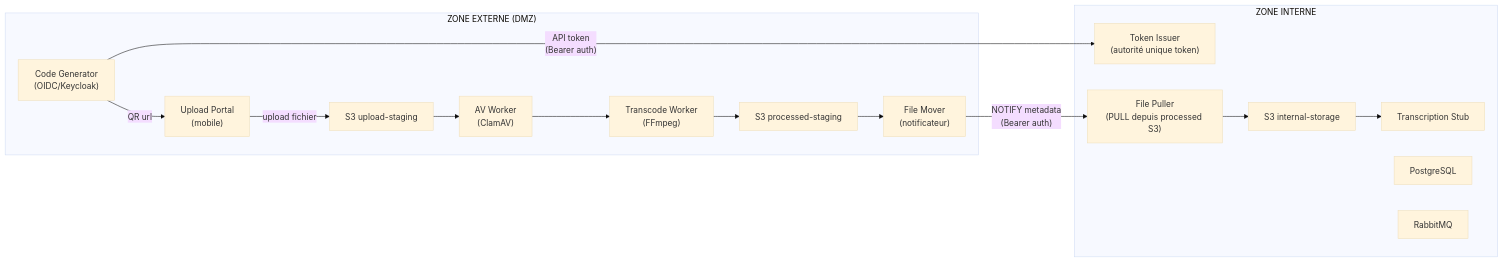
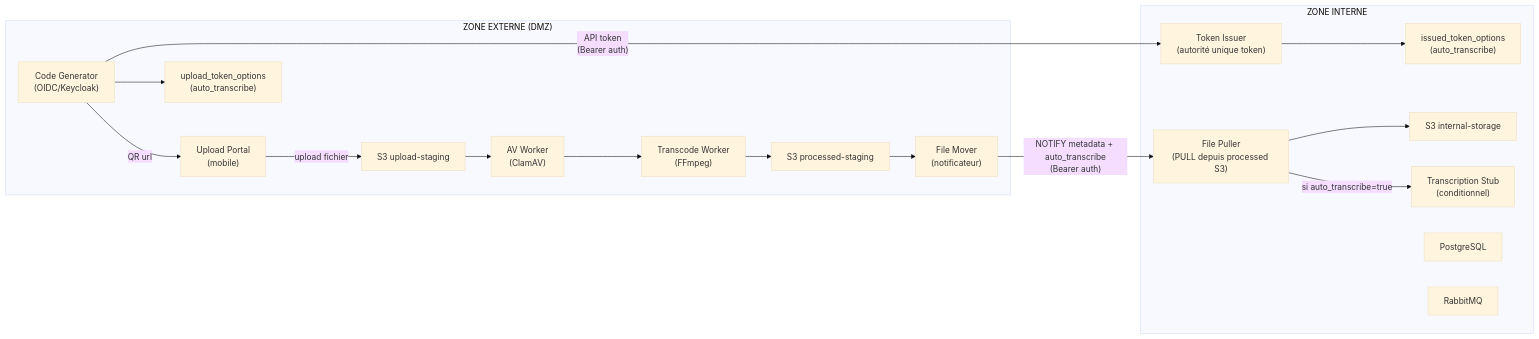
Before and after one commit to IA-Generative/mcr-secure-audio-upload: the first of 5 diagrams in README.md, drawn with Mermaid (base theme). The commit also changed other lines of this file and 1 other file, not shown here.

First line of the commit message:
Add auto_transcribe flow and docs updates

````diff
--- a/README.md
+++ b/README.md
@@ -11,30 +11,35 @@
 ```mermaid
 flowchart LR
   subgraph EXT["ZONE EXTERNE (DMZ)"]
     CG["Code Generator<br/>(OIDC/Keycloak)"]
     UP["Upload Portal<br/>(mobile)"]
+    EOPT["upload_token_options<br/>(auto_transcribe)"]
     S3U["S3 upload-staging"]
     AV["AV Worker<br/>(ClamAV)"]
     TR["Transcode Worker<br/>(FFmpeg)"]
     S3P["S3 processed-staging"]
     FM["File Mover<br/>(notificateur)"]
 
     CG -->|"QR url"| UP
+    CG --> EOPT
     UP -->|"upload fichier"| S3U
     S3U --> AV --> TR --> S3P --> FM
   end
 
   subgraph INT["ZONE INTERNE"]
     TI["Token Issuer<br/>(autorité unique token)"]
+    IOPT["issued_token_options<br/>(auto_transcribe)"]
     FP["File Puller<br/>(PULL depuis processed S3)"]
     S3I["S3 internal-storage"]
-    STT["Transcription Stub"]
+    STT["Transcription Stub<br/>(conditionnel)"]
     DB["PostgreSQL"]
     MQ["RabbitMQ"]
 
-    FP --> S3I --> STT
+    TI --> IOPT
+    FP --> S3I
+    FP -->|"si auto_transcribe=true"| STT
   end
 
   CG -->|"API token<br/>(Bearer auth)"| TI
-  FM -->|"NOTIFY metadata<br/>(Bearer auth)"| FP
+  FM -->|"NOTIFY metadata + auto_transcribe<br/>(Bearer auth)"| FP
 ```
````
